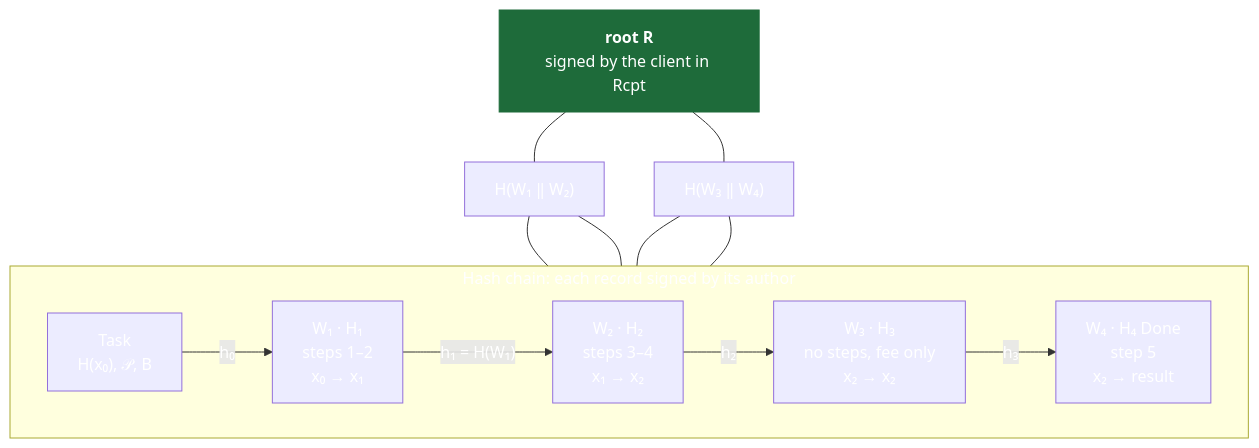
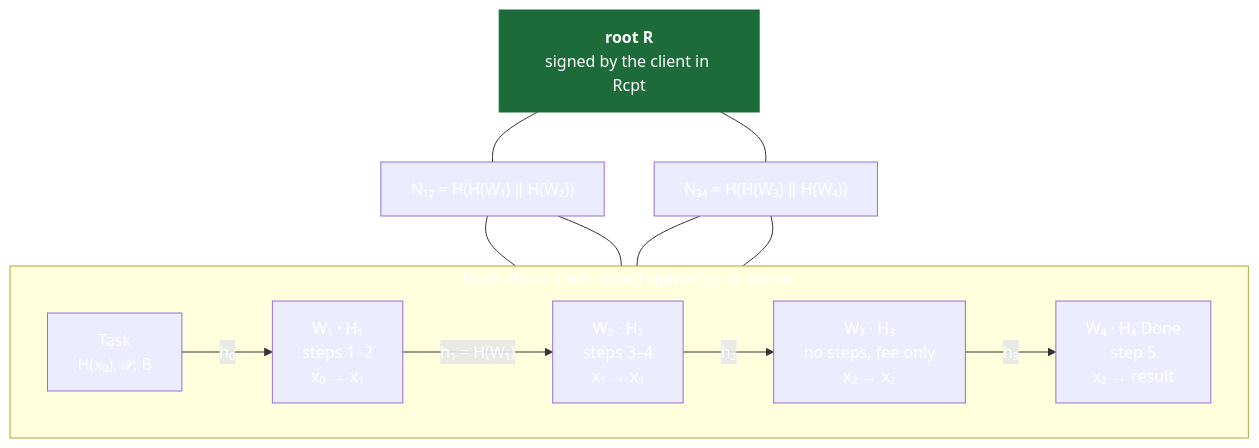
One commit to MDOmerDanish/project-idea changed diagram 23 of 29 in specroute_paper_draft.md. Above: the diagram before and after it, drawn with Mermaid. The commit also changed other lines of this file, not shown here.

````diff
--- a/specroute_paper_draft.md
+++ b/specroute_paper_draft.md
@@ -807,26 +807,26 @@
 ```mermaid
 flowchart TB
     R["<b>root R</b><br/>signed by the client in Rcpt"]
-    N12["H(W₁ ‖ W₂)"]
-    N34["H(W₃ ‖ W₄)"]
+    N12["N₁₂ = H(H(W₁) ‖ H(W₂))"]
+    N34["N₃₄ = H(H(W₃) ‖ H(W₄))"]
     R --- N12
     R --- N34
     subgraph CHAIN["Hash chain: each record signed by its author"]
         direction LR
         T0["Task<br/>H(x₀), 𝒫, B"]
         W1["W₁ · H₁<br/>steps 1–2<br/>x₀ → x₁"]
         W2["W₂ · H₂<br/>steps 3–4<br/>x₁ → x₂"]
         W3["W₃ · H₃<br/>no steps, fee only<br/>x₂ → x₂"]
         W4["W₄ · H₄ Done<br/>step 5<br/>x₂ → result"]
         T0 -- "h₀" --> W1
         W1 -- "h₁ = H(W₁)" --> W2
         W2 -- "h₂" --> W3
         W3 -- "h₃" --> W4
     end
     N12 --- W1
     N12 --- W2
     N34 --- W3
     N34 --- W4
     classDef root fill:#1e6b3a,stroke:#1e6b3a,color:#fff
     class R root
 ```
````
